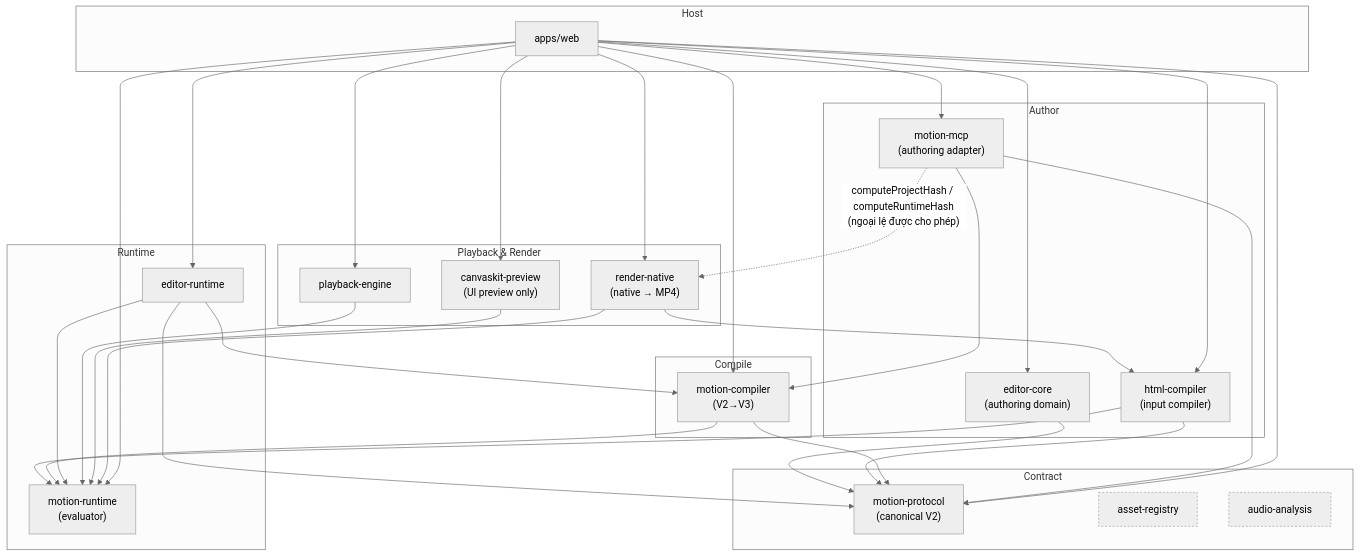
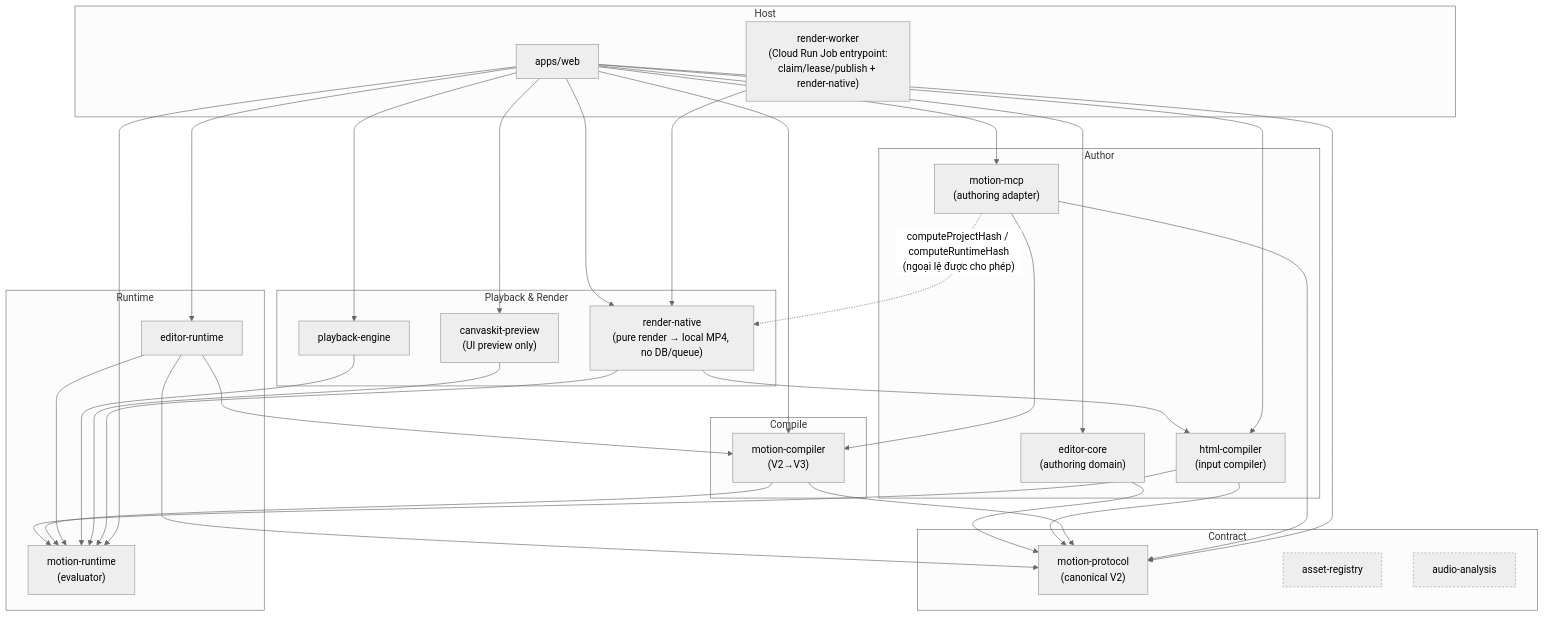
One commit to mankhb2k/neonix-native changed the diagram in ARCHITECHTURE.md. Above: the diagram before and after it, drawn with Mermaid (neutral theme). The commit also changed other lines of this file and 83 other files, not shown here.

````diff
--- a/ARCHITECHTURE.md
+++ b/ARCHITECHTURE.md
@@ -472,64 +472,66 @@
 ```mermaid
 flowchart TD
     subgraph AUTHOR["Author"]
         editor-core["editor-core<br/>(authoring domain)"]
         html-compiler["html-compiler<br/>(input compiler)"]
         motion-mcp["motion-mcp<br/>(authoring adapter)"]
     end
 
     subgraph CONTRACT["Contract"]
         motion-protocol["motion-protocol<br/>(canonical V2)"]
         asset-registry["asset-registry"]
         audio-analysis["audio-analysis"]
     end
 
     subgraph COMPILE["Compile"]
         motion-compiler["motion-compiler<br/>(V2→V3)"]
     end
 
     subgraph RUNTIME["Runtime"]
         motion-runtime["motion-runtime<br/>(evaluator)"]
         editor-runtime["editor-runtime"]
     end
 
     subgraph RENDER["Playback & Render"]
         playback-engine["playback-engine"]
         canvaskit-preview["canvaskit-preview<br/>(UI preview only)"]
-        render-native["render-native<br/>(native → MP4)"]
+        render-native["render-native<br/>(pure render → local MP4, no DB/queue)"]
     end
 
     subgraph APP["Host"]
         web["apps/web"]
+        render-worker["render-worker<br/>(Cloud Run Job entrypoint:<br/>claim/lease/publish + render-native)"]
     end
 
     editor-core --> motion-protocol
     html-compiler --> motion-protocol
     html-compiler --> motion-runtime
     motion-compiler --> motion-protocol
     motion-compiler --> motion-runtime
     editor-runtime --> motion-compiler
     editor-runtime --> motion-protocol
     editor-runtime --> motion-runtime
     playback-engine --> motion-runtime
     canvaskit-preview --> motion-runtime
     render-native --> motion-runtime
     render-native --> html-compiler
     motion-mcp --> motion-compiler
     motion-mcp --> motion-protocol
 
     web --> editor-core
     web --> editor-runtime
     web --> html-compiler
     web --> motion-compiler
     web --> motion-mcp
     web --> motion-protocol
     web --> motion-runtime
     web --> playback-engine
     web --> canvaskit-preview
     web --> render-native
+    render-worker --> render-native
 
     motion-mcp -. "computeProjectHash / computeRuntimeHash<br/>(ngoại lệ được cho phép)" .-> render-native
 
     classDef unused stroke-dasharray: 3 3;
     class asset-registry,audio-analysis unused;
 ```
````
